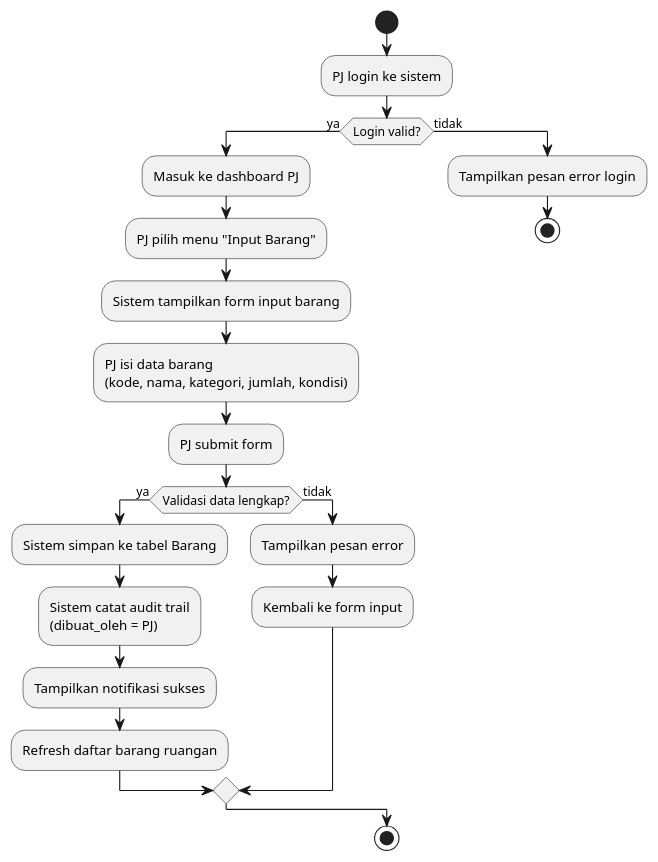
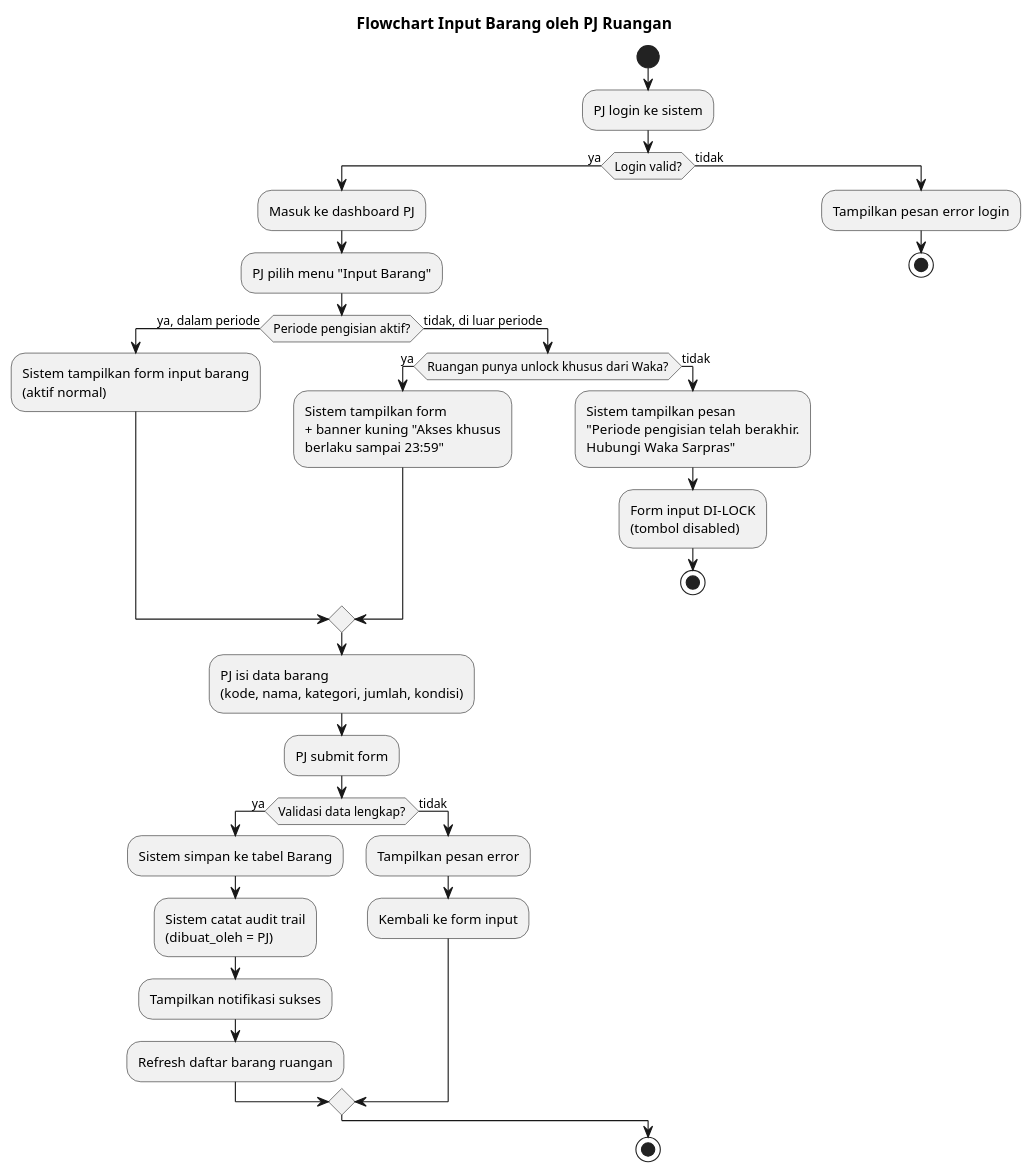
One commit to Aris0506/sipras-nt changed the diagram in flowchartIPjinput.puml. Above: the diagram before and after it, drawn with PlantUML. The commit also changed 3 other files, not shown here.

Commit message:
docs: update flowchart input PJ dengan cek periode pengisian

```diff
--- a/flowchartIPjinput.puml
+++ b/flowchartIPjinput.puml
@@ -1,26 +1,53 @@
-@startuml SIPRAS-NT_Flowchart_InputBarang
+@startuml Flowchart_InputPJ
+title Flowchart Input Barang oleh PJ Ruangan
+
 start
+
 :PJ login ke sistem;
+
 if (Login valid?) then (ya)
   :Masuk ke dashboard PJ;
   :PJ pilih menu "Input Barang";
-  :Sistem tampilkan form input barang;
+
+  if (Periode pengisian aktif?) then (ya, dalam periode)
+    :Sistem tampilkan form input barang
+    (aktif normal);
+  else (tidak, di luar periode)
+    if (Ruangan punya unlock khusus dari Waka?) then (ya)
+      :Sistem tampilkan form
+      + banner kuning "Akses khusus
+      berlaku sampai 23:59";
+    else (tidak)
+      :Sistem tampilkan pesan
+      "Periode pengisian telah berakhir.
+      Hubungi Waka Sarpras";
+      :Form input DI-LOCK
+      (tombol disabled);
+      stop
+    endif
+  endif
+
   :PJ isi data barang
   (kode, nama, kategori, jumlah, kondisi);
+
   :PJ submit form;
+
   if (Validasi data lengkap?) then (ya)
     :Sistem simpan ke tabel Barang;
     :Sistem catat audit trail
     (dibuat_oleh = PJ);
     :Tampilkan notifikasi sukses;
     :Refresh daftar barang ruangan;
   else (tidak)
     :Tampilkan pesan error;
     :Kembali ke form input;
   endif
+
 else (tidak)
   :Tampilkan pesan error login;
   stop
 endif
+
 stop
+
 @enduml
```
